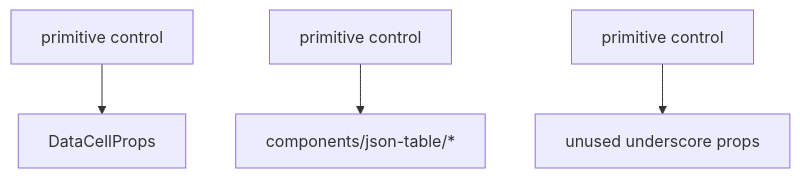
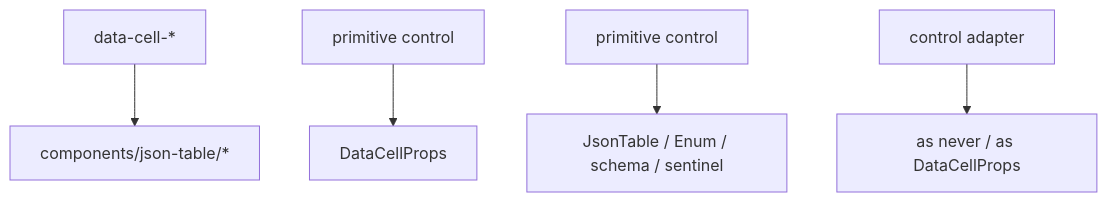
One commit to retab-dev/retab-ui changed the third of 3 diagrams in design/data-cell-primitive-control-contract-blueprint.md. Above: the diagram before and after it, drawn with Mermaid. The commit also changed other lines of this file and 78 other files, not shown here.

````diff
--- a/design/data-cell-primitive-control-contract-blueprint.md
+++ b/design/data-cell-primitive-control-contract-blueprint.md
@@ -70,6 +99,7 @@
 ```mermaid
 flowchart TD
-  A["primitive control"] --> B["DataCellProps"]
-  C["primitive control"] --> D["components/json-table/*"]
-  E["primitive control"] --> F["unused underscore props"]
+  A["data-cell-*"] --> B["components/json-table/*"]
+  C["primitive control"] --> D["DataCellProps"]
+  E["primitive control"] --> F["JsonTable / Enum / schema / sentinel"]
+  G["control adapter"] --> H["as never / as DataCellProps"]
 ```
````
